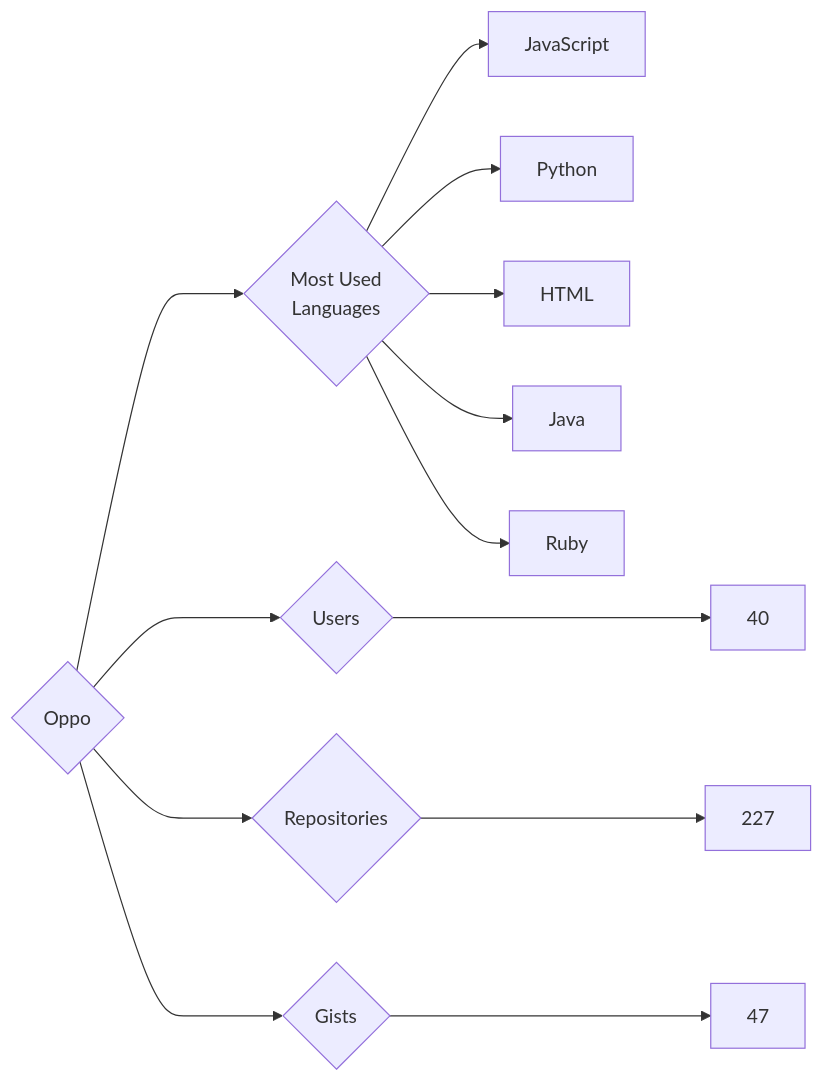
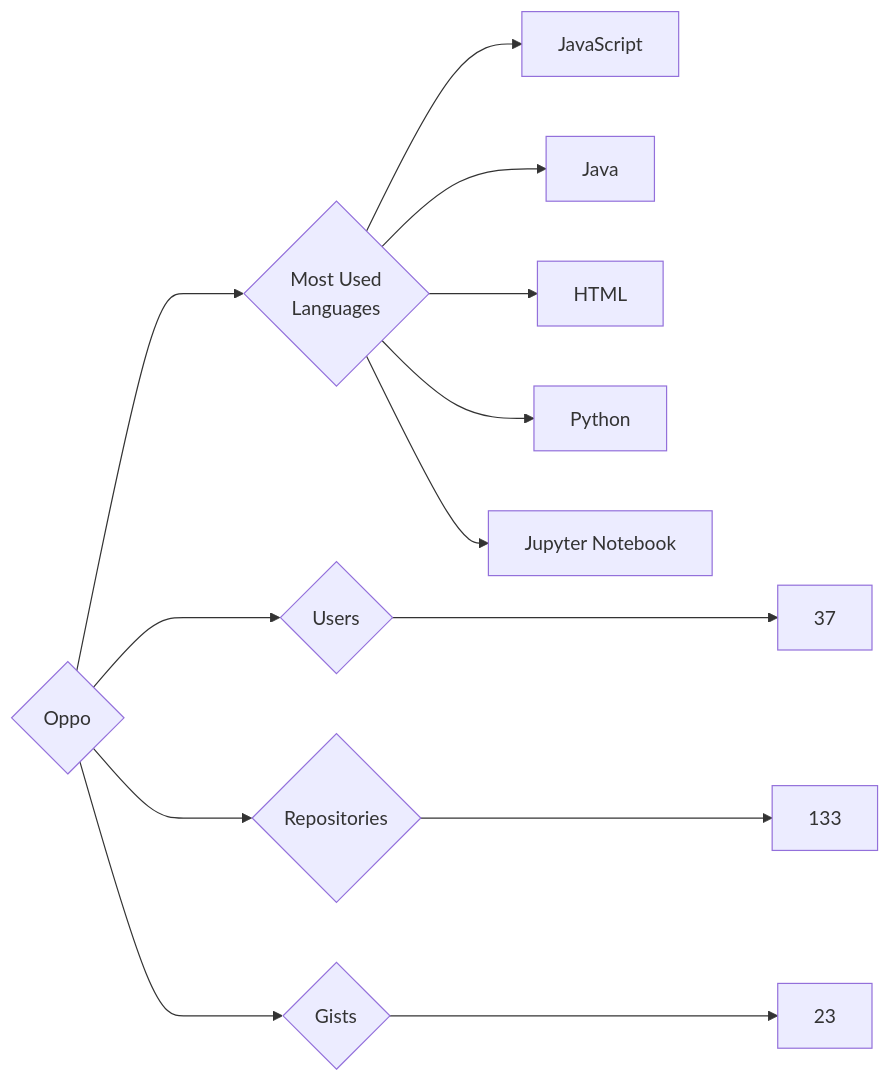
The diagram in targets/Oppo/README.md (trickest/insiders), drawn with Mermaid before and after one commit. The commit also changed 928 other files, not shown here.

````diff
--- a/targets/Oppo/README.md
+++ b/targets/Oppo/README.md
@@ -3,13 +3,13 @@
 ```mermaid
 graph LR
 COMPANY_NAME{Oppo}
-COMPANY_NAME ---> U{Users} ---> UN[40]
-COMPANY_NAME ---> R{Repositories} ---> RN[227]
-COMPANY_NAME ---> G{Gists} ---> GN[47]
+COMPANY_NAME ---> U{Users} ---> UN[37]
+COMPANY_NAME ---> R{Repositories} ---> RN[133]
+COMPANY_NAME ---> G{Gists} ---> GN[23]
 COMPANY_NAME ---> ML{Most Used<br>Languages}
 ML --> JavaScript[JavaScript]
+ML --> Java[Java]
+ML --> HTML[HTML]
 ML --> Python[Python]
-ML --> HTML[HTML]
-ML --> Java[Java]
-ML --> Ruby[Ruby]
+ML --> Jupyter_Notebook[Jupyter Notebook]
 ```
````
